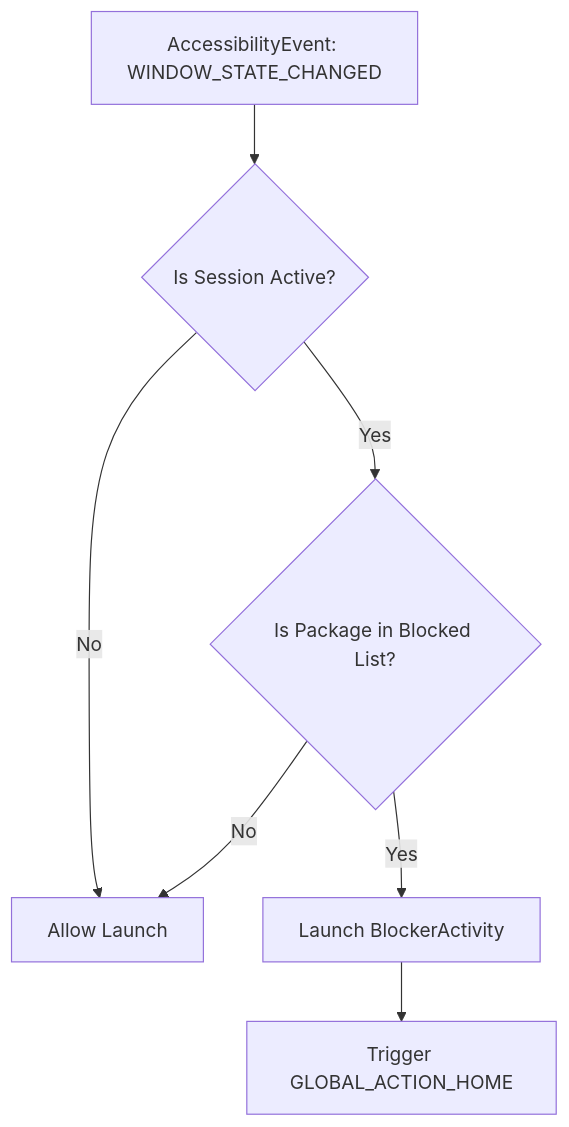
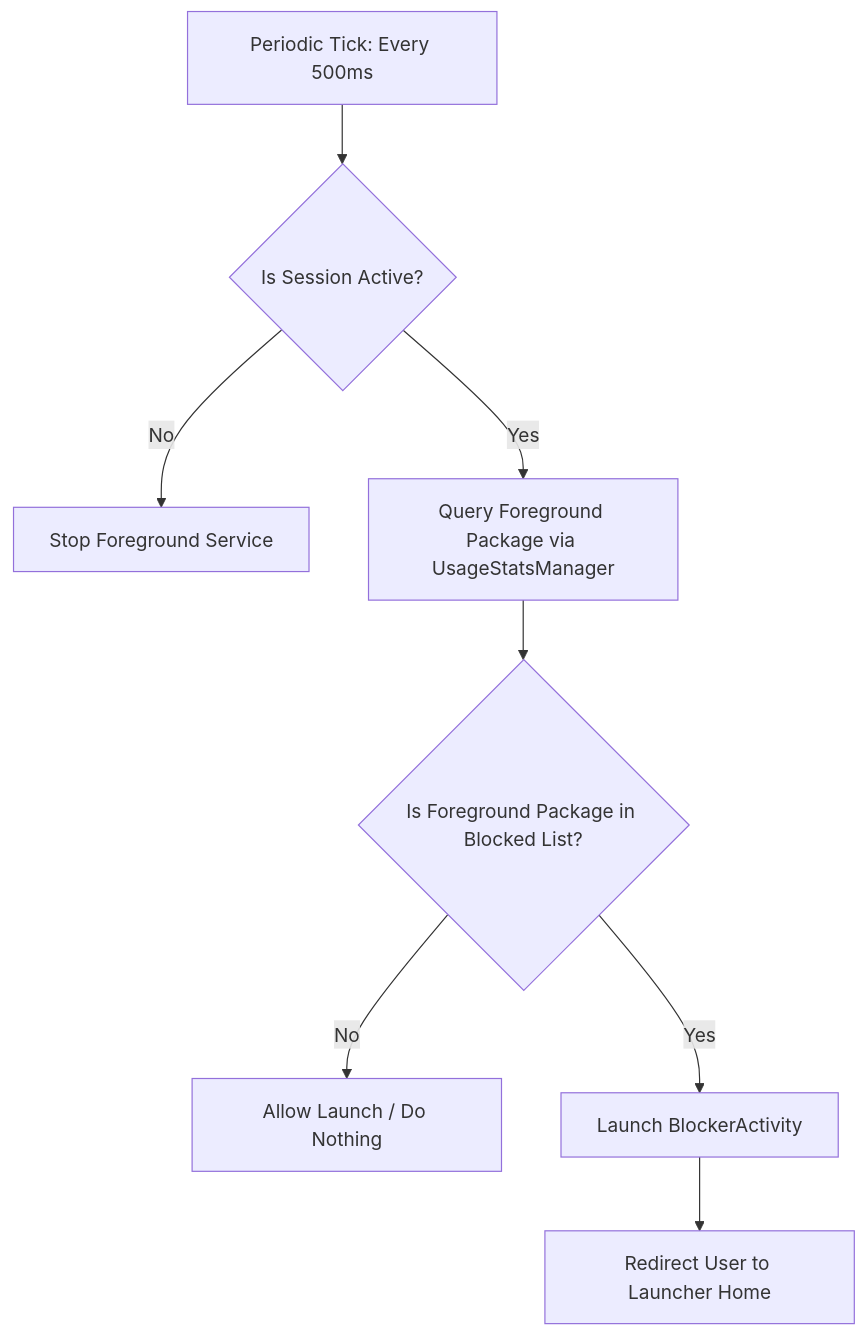
Before and after one commit to aggu000000-lgtm/App-blocker-test: the diagram in APP-BACKEND.md, drawn with Mermaid. The commit also changed other lines of this file and 46 other files, not shown here.

Commit message:
feat & fix: Migrate block interceptor to UsageStatsManager, fix MainScreen compiler errors, resolve release build resource errors, and update release APKs

````diff
--- a/APP-BACKEND.md
+++ b/APP-BACKEND.md
@@ -10,9 +10,10 @@
 ```mermaid
 graph TD
-    A[AccessibilityEvent: WINDOW_STATE_CHANGED] --> B{Is Session Active?}
-    B -- No --> C[Allow Launch]
-    B -- Yes --> D{Is Package in Blocked List?}
-    D -- No --> C
-    D -- Yes --> E[Launch BlockerActivity]
-    E --> F[Trigger GLOBAL_ACTION_HOME]
+    A[Periodic Tick: Every 500ms] --> B{Is Session Active?}
+    B -- No --> C[Stop Foreground Service]
+    B -- Yes --> D[Query Foreground Package via UsageStatsManager]
+    D --> E{Is Foreground Package in Blocked List?}
+    E -- No --> F[Allow Launch / Do Nothing]
+    E -- Yes --> G[Launch BlockerActivity]
+    G --> H[Redirect User to Launcher Home]
 ```
````
